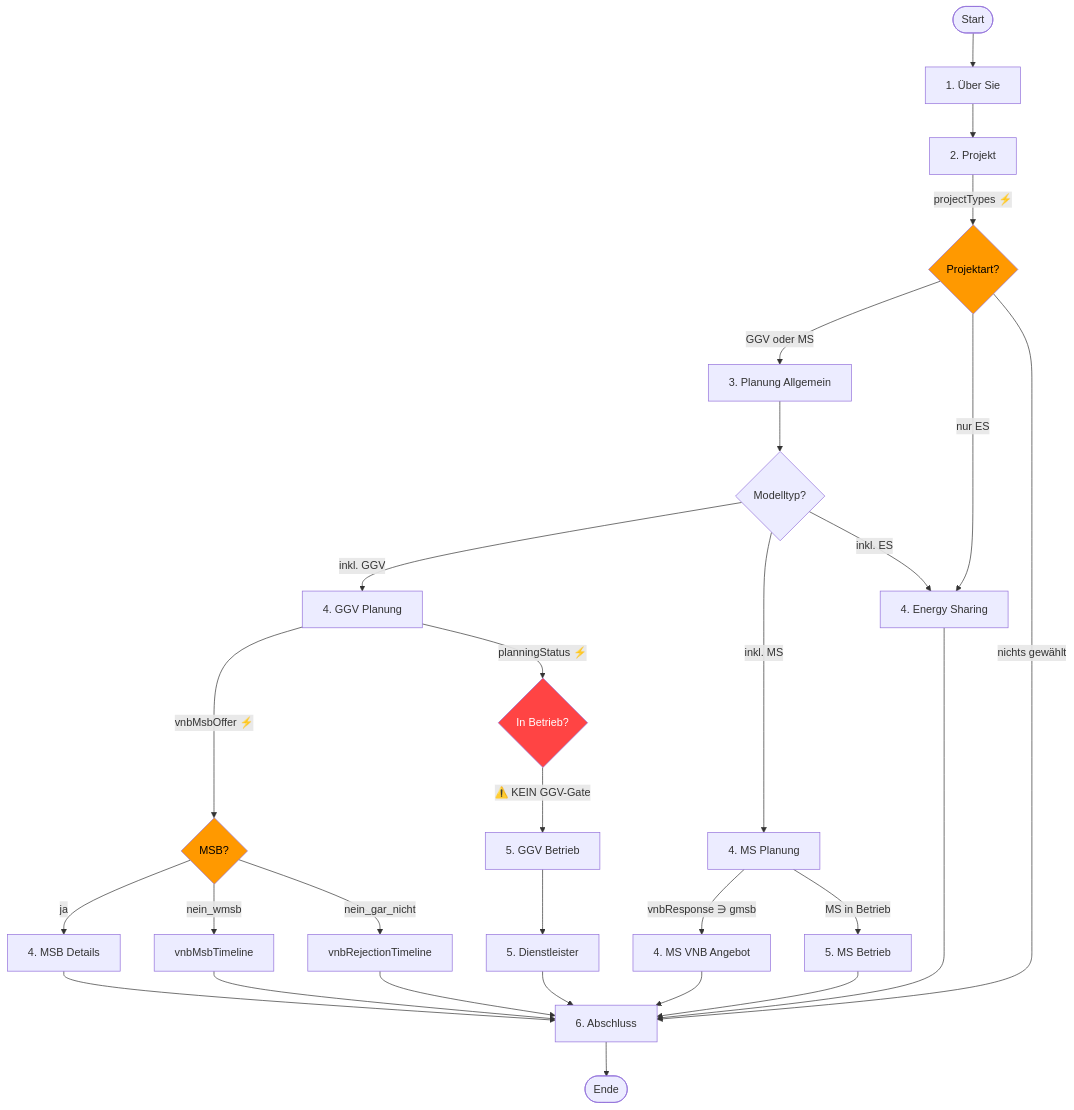
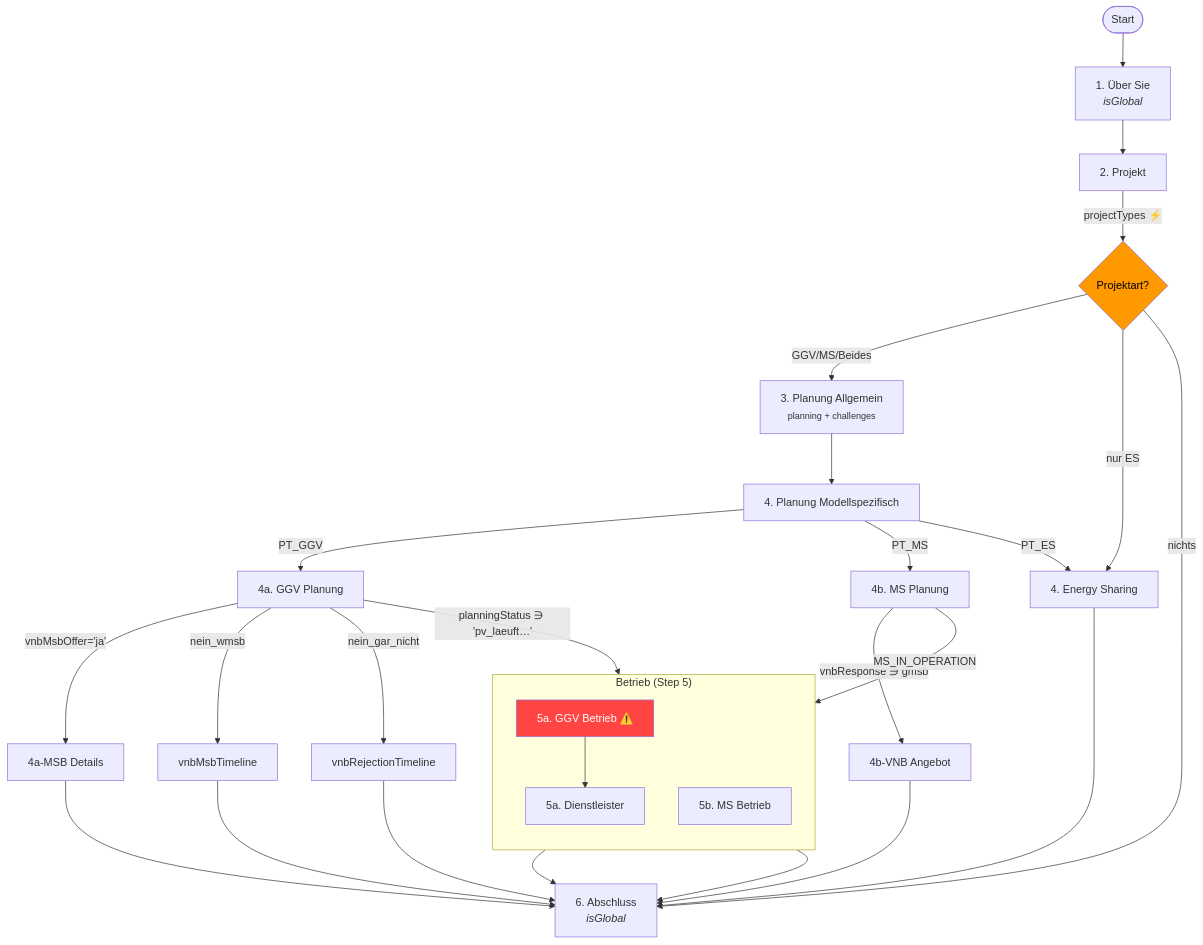
One commit to DanielFuerstenwerth/energy-spark-buddy changed the diagram in docs/umfrage_audit.md. Above: the diagram before and after it, drawn with Mermaid. The commit also changed other lines of this file, not shown here.

````diff
--- a/docs/umfrage_audit.md
+++ b/docs/umfrage_audit.md
@@ -263,42 +351,45 @@
 ```mermaid
 graph TD
-    START([Start]) --> S_ABOUT[1. Über Sie]
-    S_ABOUT --> S_PROJECT[2. Projekt]
-    
-    S_PROJECT -->|"projectTypes ⚡"| GATE_PT{Projektart?}
-    
-    GATE_PT -->|"GGV oder MS"| S_PLANNING[3. Planung Allgemein]
-    GATE_PT -->|"nur ES"| S_ES[4. Energy Sharing]
-    GATE_PT -->|"nichts gewählt"| S_FINAL[6. Abschluss]
-    
-    S_PLANNING --> GATE_MODEL{Modelltyp?}
-    
-    GATE_MODEL -->|"inkl. GGV"| S_VNB_PLAN[4. GGV Planung]
-    GATE_MODEL -->|"inkl. MS"| S_MS_PLAN[4. MS Planung]
-    GATE_MODEL -->|"inkl. ES"| S_ES
-    
-    S_VNB_PLAN -->|"vnbMsbOffer ⚡"| GATE_MSB{MSB?}
-    GATE_MSB -->|"ja"| S_MSB[4. MSB Details]
-    GATE_MSB -->|"nein_wmsb"| Q_TIMELINE[vnbMsbTimeline]
-    GATE_MSB -->|"nein_gar_nicht"| Q_REJ[vnbRejectionTimeline]
-    
-    S_VNB_PLAN -->|"planningStatus ⚡"| GATE_OP{In Betrieb?}
-    GATE_OP -->|"⚠️ KEIN GGV-Gate"| S_GGV_OP[5. GGV Betrieb]
-    S_GGV_OP --> S_SP[5. Dienstleister]
-    
-    S_MS_PLAN -->|"vnbResponse ∋ gmsb"| S_MS_VNB[4. MS VNB Angebot]
-    S_MS_PLAN -->|"MS in Betrieb"| S_MS_OP[5. MS Betrieb]
-    
-    S_MSB --> S_FINAL
-    Q_TIMELINE --> S_FINAL
-    Q_REJ --> S_FINAL
-    S_SP --> S_FINAL
-    S_MS_VNB --> S_FINAL
-    S_MS_OP --> S_FINAL
-    S_ES --> S_FINAL
-    S_FINAL --> ENDE([Ende])
-    
-    style GATE_OP fill:#f44,color:#fff
-    style GATE_PT fill:#f90,color:#000
-    style GATE_MSB fill:#f90,color:#000
+    START([Start]) --> S1[1. Über Sie<br/><i>isGlobal</i>]
+    S1 --> S2[2. Projekt]
+
+    S2 -->|"projectTypes ⚡"| GATE{Projektart?}
+
+    GATE -->|"GGV/MS/Beides"| S3[3. Planung Allgemein<br/><small>planning + challenges</small>]
+    GATE -->|"nur ES"| S4_ES[4. Energy Sharing]
+    GATE -->|"nichts"| S6[6. Abschluss<br/><i>isGlobal</i>]
+
+    S3 --> S4[4. Planung Modellspezifisch]
+
+    S4 -->|"PT_GGV"| VNB[4a. GGV Planung]
+    S4 -->|"PT_MS"| MS[4b. MS Planung]
+    S4 -->|"PT_ES"| S4_ES
+
+    VNB -->|"vnbMsbOffer='ja'"| MSB[4a-MSB Details]
+    VNB -->|"nein_wmsb"| TL1[vnbMsbTimeline]
+    VNB -->|"nein_gar_nicht"| TL2[vnbRejectionTimeline]
+
+    MS -->|"vnbResponse ∋ gmsb"| MSO[4b-VNB Angebot]
+
+    subgraph "Betrieb (Step 5)"
+        direction TB
+        GGV_OP[5a. GGV Betrieb ⚠️]
+        SP[5a. Dienstleister]
+        MS_OP[5b. MS Betrieb]
+    end
+
+    VNB -->|"planningStatus ∋ 'pv_laeuft…'"| GGV_OP
+    GGV_OP --> SP
+    MS -->|"MS_IN_OPERATION"| MS_OP
+
+    MSB --> S6
+    TL1 --> S6
+    TL2 --> S6
+    MSO --> S6
+    SP --> S6
+    MS_OP --> S6
+    S4_ES --> S6
+
+    style GGV_OP fill:#f44,color:#fff
+    style GATE fill:#f90,color:#000
 ```
````
